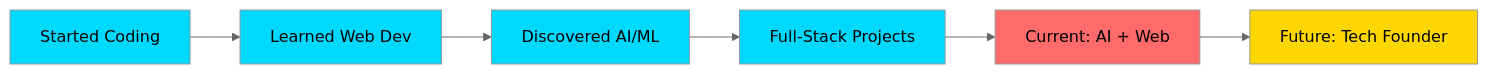
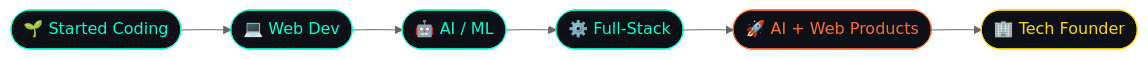
The diagram in README.md (codeby-Vishwajeet/codeby-Vishwajeet), drawn with Mermaid (neutral theme) before and after one commit. The commit also changed other lines of this file, not shown here.

````diff
--- a/README.md
+++ b/README.md
@@ -546,15 +232,15 @@
 ```mermaid
 graph LR
-    A[Started Coding] --> B[Learned Web Dev]
-    B --> C[Discovered AI/ML]
-    C --> D[Full-Stack Projects]
-    D --> E[Current: AI + Web]
-    E --> F[Future: Tech Founder]
-    
-    style A fill:#00D9FF
-    style B fill:#00D9FF
-    style C fill:#00D9FF
-    style D fill:#00D9FF
-    style E fill:#FF6B6B
-    style F fill:#FFD700
+    A([🌱 Started Coding]) --> B([💻 Web Dev])
+    B --> C([🤖 AI / ML])
+    C --> D([⚙️ Full-Stack])
+    D --> E([🚀 AI + Web Products])
+    E --> F([🏢 Tech Founder])
+
+    style A fill:#0D1117,stroke:#00FFD1,color:#00FFD1
+    style B fill:#0D1117,stroke:#00FFD1,color:#00FFD1
+    style C fill:#0D1117,stroke:#00FFD1,color:#00FFD1
+    style D fill:#0D1117,stroke:#00FFD1,color:#00FFD1
+    style E fill:#0D1117,stroke:#FF6B35,color:#FF6B35
+    style F fill:#0D1117,stroke:#FFD700,color:#FFD700
 ```
````
